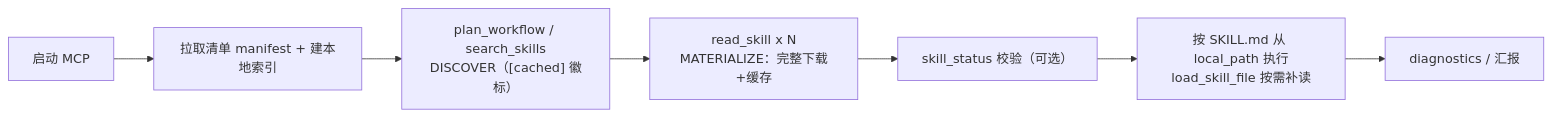
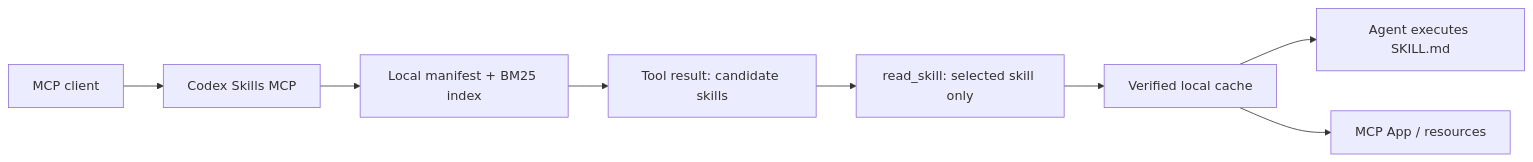
The diagram in README.md (Zhan-ZhangZ/codex-skills-mcp), drawn with Mermaid before and after one commit. The commit also changed other lines of this file and 121 other files, not shown here.

````diff
--- a/README.md
+++ b/README.md
@@ -162,9 +95,10 @@
 ```mermaid
 flowchart LR
-    A["启动 MCP"] --> B["拉取清单 manifest + 建本地索引"]
-    B --> C["plan_workflow / search_skills<br/>DISCOVER（[cached] 徽标）"]
-    C --> D["read_skill x N<br/>MATERIALIZE：完整下载+缓存"]
-    D --> E["skill_status 校验（可选）"]
-    E --> F["按 SKILL.md 从 local_path 执行<br/>load_skill_file 按需补读"]
-    F --> G["diagnostics / 汇报"]
+    A["MCP client"] --> B["Codex Skills MCP"]
+    B --> C["Local manifest + BM25 index"]
+    C --> D["Tool result: candidate skills"]
+    D --> E["read_skill: selected skill only"]
+    E --> F["Verified local cache"]
+    F --> G["Agent executes SKILL.md"]
+    F --> H["MCP App / resources"]
 ```
````
